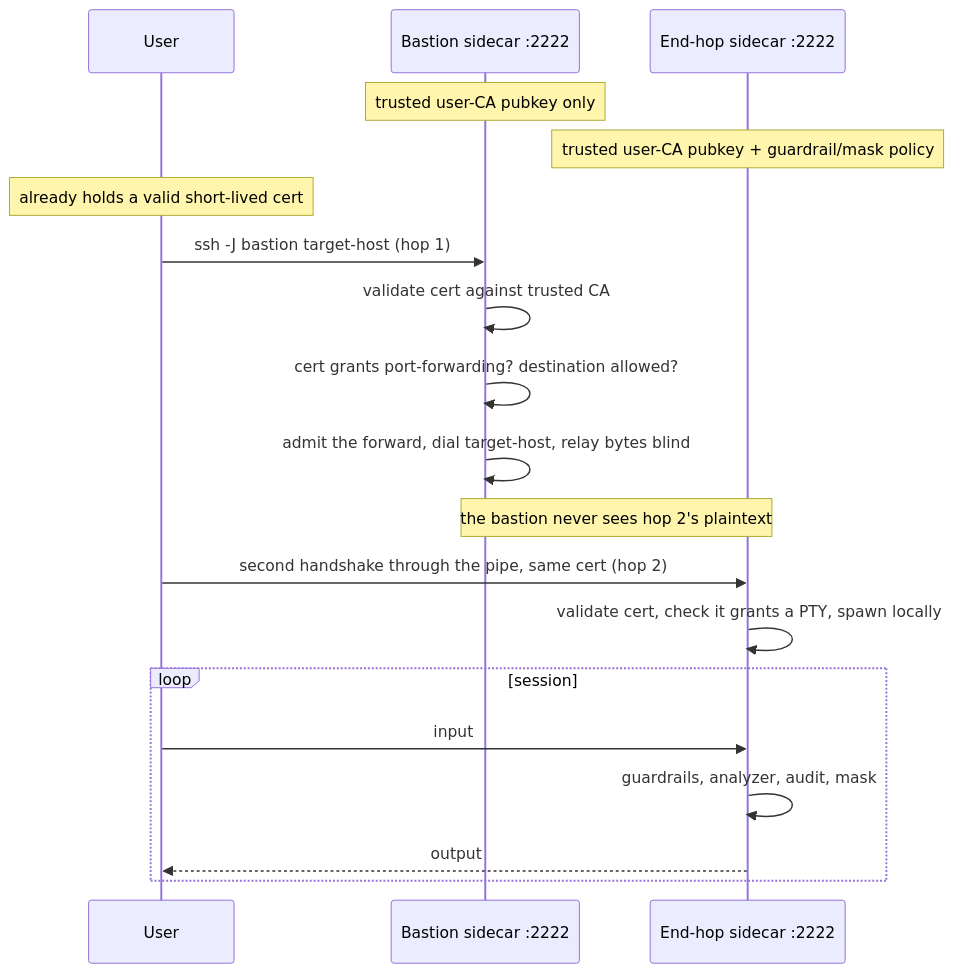
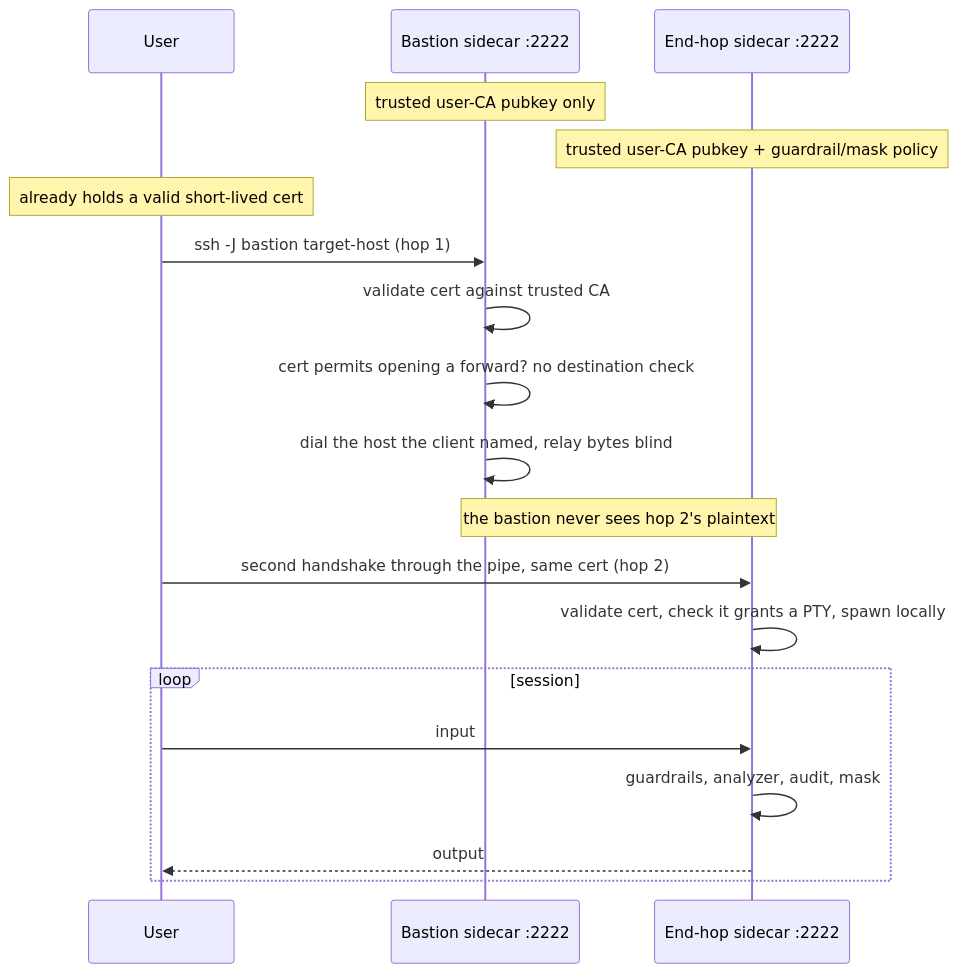
One commit to hoophq/hoop changed the first of 3 diagrams in docs/adr/0015-ssh-terminates-at-the-sidecar.md. Above: the diagram before and after it, drawn with Mermaid.

Commit message:
fix mermaid flow

````diff
--- a/docs/adr/0015-ssh-terminates-at-the-sidecar.md
+++ b/docs/adr/0015-ssh-terminates-at-the-sidecar.md
@@ -161,25 +161,25 @@
 ```mermaid
 sequenceDiagram
     participant User
     participant Bastion as Bastion sidecar :2222
     participant Endpoint as End-hop sidecar :2222
 
     Note over Bastion: trusted user-CA pubkey only
     Note over Endpoint: trusted user-CA pubkey + guardrail/mask policy
     Note over User: already holds a valid short-lived cert
 
     User->>Bastion: ssh -J bastion target-host (hop 1)
     Bastion->>Bastion: validate cert against trusted CA
-    Bastion->>Bastion: cert grants port-forwarding? destination allowed?
-    Bastion->>Bastion: admit the forward, dial target-host, relay bytes blind
+    Bastion->>Bastion: cert permits opening a forward? no destination check
+    Bastion->>Bastion: dial the host the client named, relay bytes blind
     Note over Bastion,Endpoint: the bastion never sees hop 2's plaintext
 
     User->>Endpoint: second handshake through the pipe, same cert (hop 2)
     Endpoint->>Endpoint: validate cert, check it grants a PTY, spawn locally
 
     loop session
         User->>Endpoint: input
         Endpoint->>Endpoint: guardrails, analyzer, audit, mask
         Endpoint-->>User: output
     end
 ```
````
